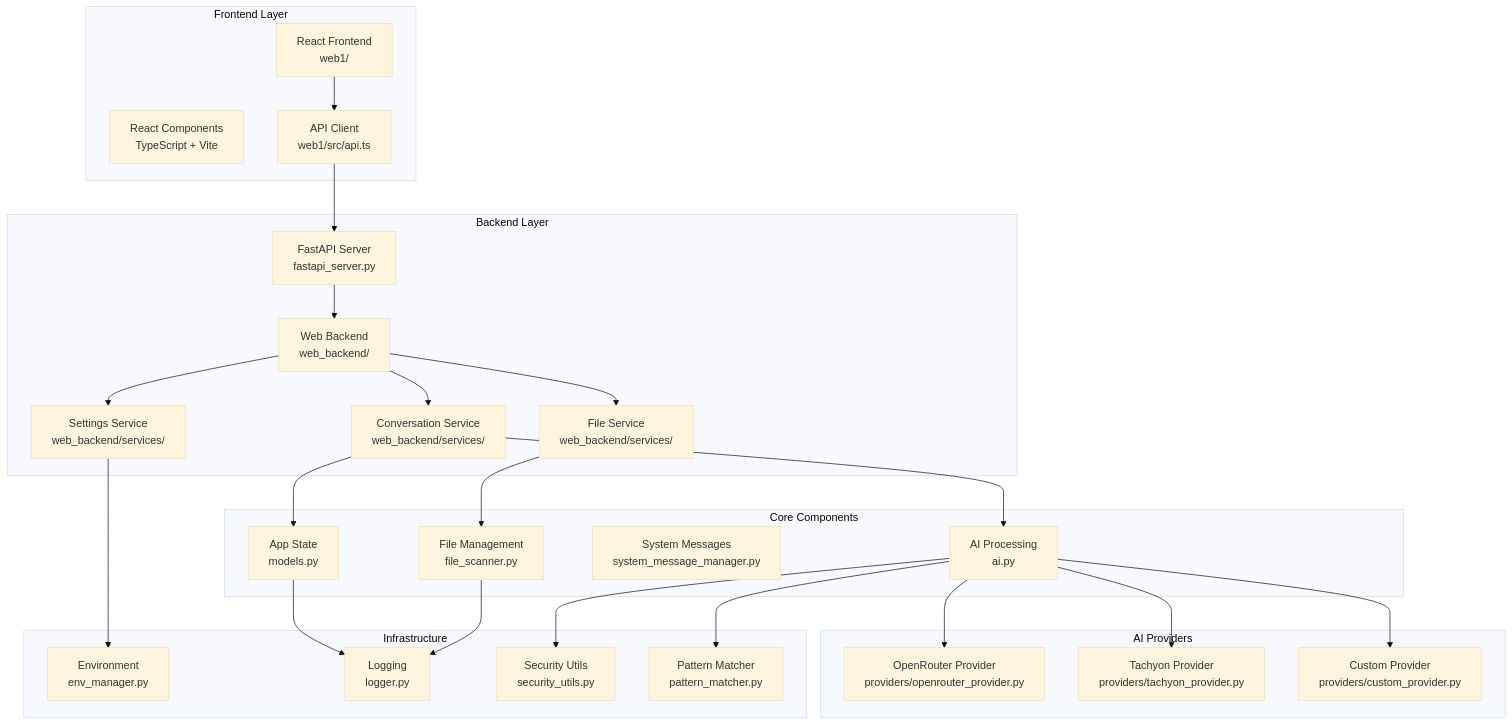
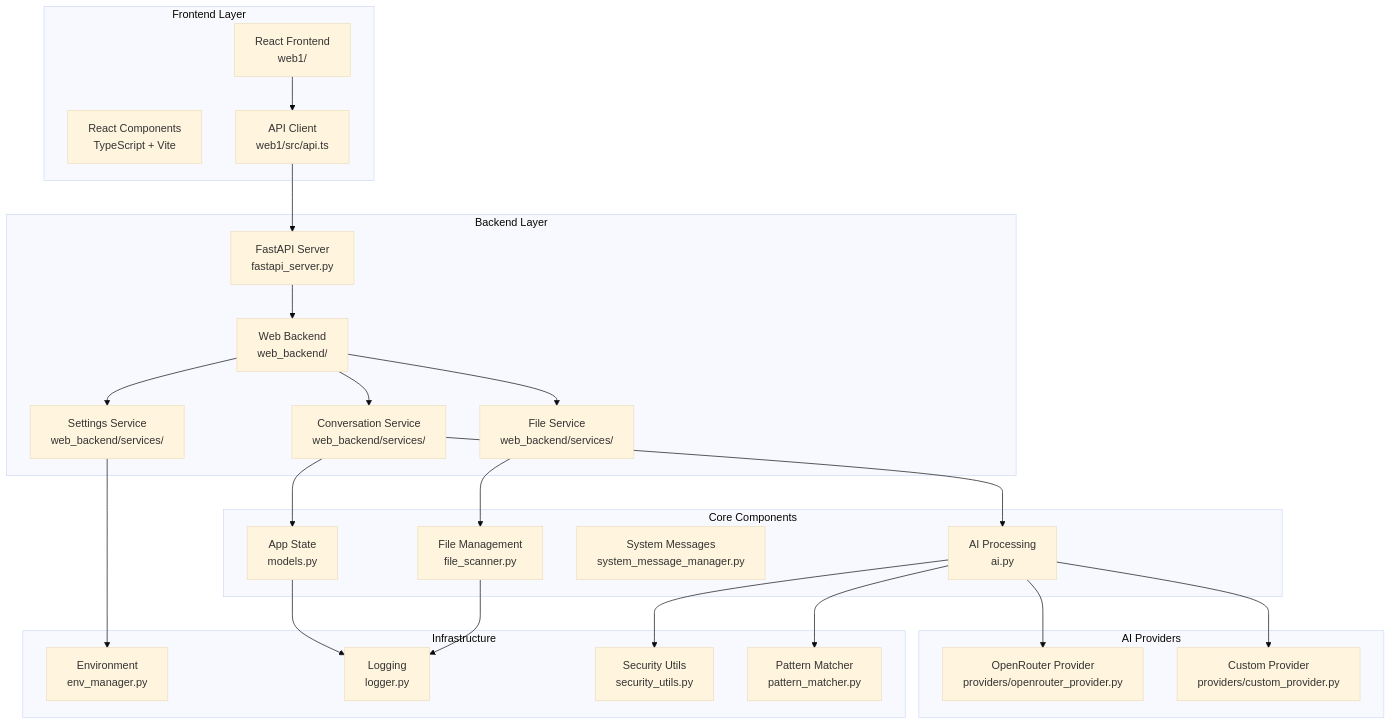
The first of 4 diagrams in ARCHITECTURE.md (argentquest/Whysper), drawn with Mermaid (base theme) before and after one commit. The commit also changed other lines of this file and 23 other files, not shown here.

First line of the commit message:
Refactor: Remove TachyonProvider and related code

````diff
--- a/ARCHITECTURE.md
+++ b/ARCHITECTURE.md
@@ -11,57 +11,55 @@
 ```mermaid
 graph TB
      subgraph "Frontend Layer"
          RF[React Frontend<br/>web1/]
          RT[React Components<br/>TypeScript + Vite]
          API[API Client<br/>web1/src/api.ts]
      end
 
      subgraph "Backend Layer"
          FA[FastAPI Server<br/>fastapi_server.py]
          WB[Web Backend<br/>web_backend/]
          CS[Conversation Service<br/>web_backend/services/]
          FS[File Service<br/>web_backend/services/]
          SS[Settings Service<br/>web_backend/services/]
      end
 
      subgraph "Core Components"
          AS[App State<br/>models.py]
          AI[AI Processing<br/>ai.py]
          SM[System Messages<br/>system_message_manager.py]
          FM[File Management<br/>file_scanner.py]
      end
 
      subgraph "AI Providers"
          OR[OpenRouter Provider<br/>providers/openrouter_provider.py]
-         TA[Tachyon Provider<br/>providers/tachyon_provider.py]
          CP[Custom Provider<br/>providers/custom_provider.py]
      end
 
      subgraph "Infrastructure"
          EL[Environment<br/>env_manager.py]
          LOG[Logging<br/>logger.py]
          SU[Security Utils<br/>security_utils.py]
          PM[Pattern Matcher<br/>pattern_matcher.py]
      end
 
      RF --> API
      API --> FA
      FA --> WB
      WB --> CS
      WB --> FS
      WB --> SS
 
      CS --> AS
      CS --> AI
      FS --> FM
      SS --> EL
 
      AI --> OR
-     AI --> TA
      AI --> CP
 
      AI --> PM
      AI --> SU
      AS --> LOG
      FM --> LOG
 ```
````
